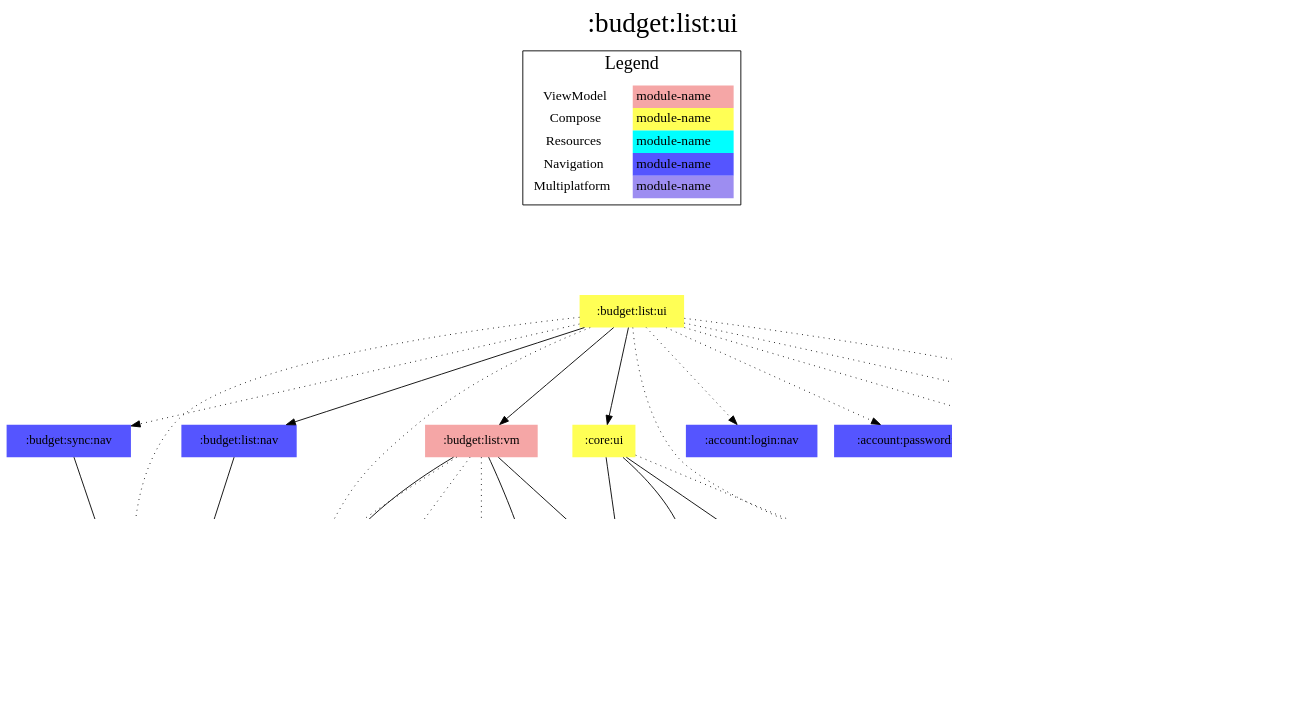
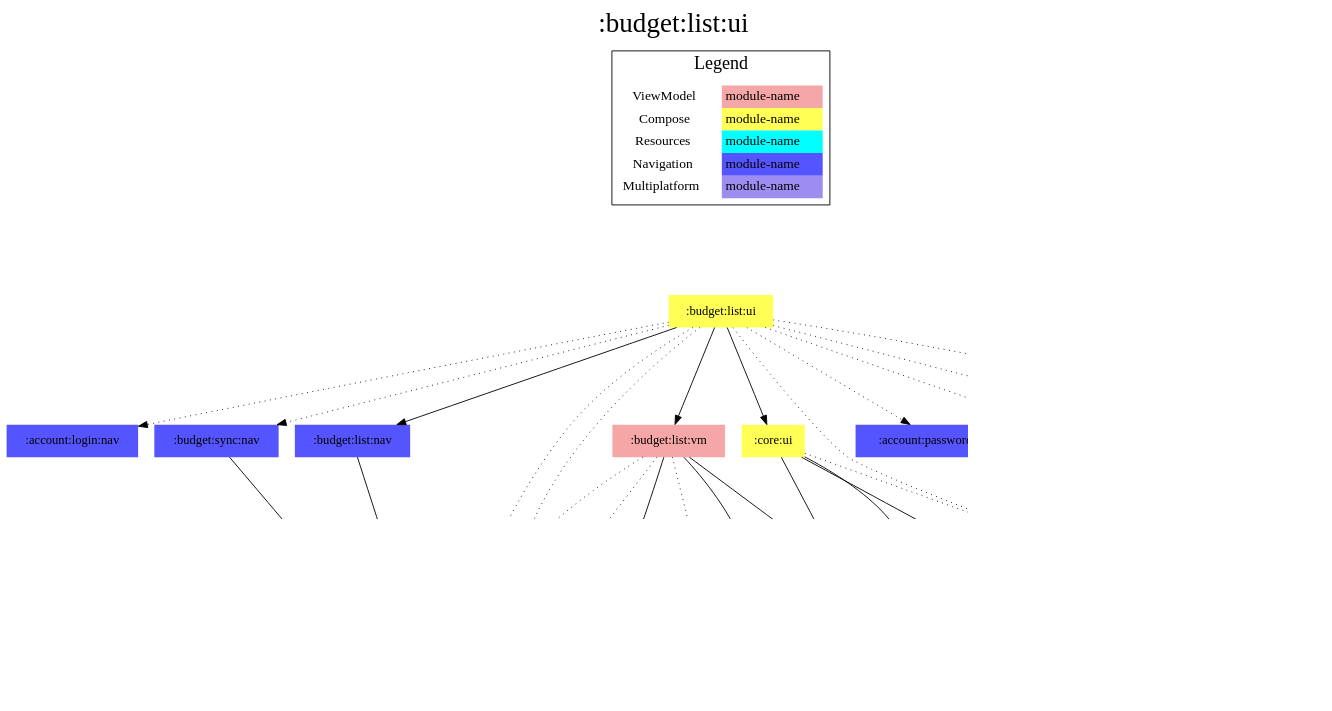
Before and after one commit to jonapoul/aktual: the diagram in modules/budget/list/ui/project-dependency-graph.dot, drawn with Graphviz. The commit also changed 113 other files, not shown here.

```diff
--- a/modules/budget/list/ui/project-dependency-graph.dot
+++ b/modules/budget/list/ui/project-dependency-graph.dot
@@ -1,70 +1,68 @@
 digraph {
 edge ["dir"="forward"]
 graph ["dpi"="100","label"=":budget:list:ui","labelloc"="t","fontsize"="30","ranksep"="1.5","rankdir"="TB"]
 node ["style"="filled"]
+":account:login:nav" ["fillcolor"="#5555FF","shape"="none"]
+":account:model" ["fillcolor"="#9D8DF1","shape"="none"]
+":account:password:nav" ["fillcolor"="#5555FF","shape"="none"]
+":api:actual" ["fillcolor"="#9D8DF1","shape"="none"]
+":budget:list:nav" ["fillcolor"="#5555FF","shape"="none"]
+":budget:list:res" ["fillcolor"="#00FFFF","shape"="none"]
 ":budget:list:ui" ["fillcolor"="#FFFF55","shape"="none"]
-":budget:list:nav" ["fillcolor"="#5555FF","shape"="none"]
-":account:model" ["fillcolor"="#9D8DF1","shape"="none"]
 ":budget:list:vm" ["fillcolor"="#F5A6A6","shape"="none"]
 ":budget:model" ["fillcolor"="#9D8DF1","shape"="none"]
-":core:versions" ["fillcolor"="#9D8DF1","shape"="none"]
-":url:model" ["fillcolor"="#9D8DF1","shape"="none"]
-":api:actual" ["fillcolor"="#9D8DF1","shape"="none"]
-":codegen:annotation" ["fillcolor"="#9D8DF1","shape"="none"]
-":url:prefs" ["fillcolor"="#9D8DF1","shape"="none"]
-":core:ui" ["fillcolor"="#FFFF55","shape"="none"]
+":budget:sync:nav" ["fillcolor"="#5555FF","shape"="none"]
 ":core:colorscheme" ["fillcolor"="#9D8DF1","shape"="none"]
 ":core:res" ["fillcolor"="#00FFFF","shape"="none"]
-":account:login:nav" ["fillcolor"="#5555FF","shape"="none"]
-":account:password:nav" ["fillcolor"="#5555FF","shape"="none"]
-":budget:list:res" ["fillcolor"="#00FFFF","shape"="none"]
-":budget:sync:nav" ["fillcolor"="#5555FF","shape"="none"]
+":core:ui" ["fillcolor"="#FFFF55","shape"="none"]
+":core:versions" ["fillcolor"="#9D8DF1","shape"="none"]
 ":settings:nav" ["fillcolor"="#5555FF","shape"="none"]
+":url:model" ["fillcolor"="#9D8DF1","shape"="none"]
 ":url:nav" ["fillcolor"="#5555FF","shape"="none"]
+":url:prefs" ["fillcolor"="#9D8DF1","shape"="none"]
 {
 edge ["dir"="none"]
 graph ["rank"="same"]
 }
 ":api:actual" -> ":account:model"
 ":api:actual" -> ":budget:model"
-":api:actual" -> ":codegen:annotation" ["style"="dotted"]
 ":api:actual" -> ":url:model"
 ":budget:list:nav" -> ":account:model"
 ":budget:list:ui" -> ":account:login:nav" ["style"="dotted"]
 ":budget:list:ui" -> ":account:model" ["style"="dotted"]
 ":budget:list:ui" -> ":account:password:nav" ["style"="dotted"]
 ":budget:list:ui" -> ":budget:list:nav"
 ":budget:list:ui" -> ":budget:list:res" ["style"="dotted"]
 ":budget:list:ui" -> ":budget:list:vm"
 ":budget:list:ui" -> ":budget:model" ["style"="dotted"]
 ":budget:list:ui" -> ":budget:sync:nav" ["style"="dotted"]
 ":budget:list:ui" -> ":core:res" ["style"="dotted"]
 ":budget:list:ui" -> ":core:ui"
 ":budget:list:ui" -> ":settings:nav" ["style"="dotted"]
 ":budget:list:ui" -> ":url:nav" ["style"="dotted"]
 ":budget:list:vm" -> ":account:model" ["style"="dotted"]
 ":budget:list:vm" -> ":api:actual" ["style"="dotted"]
 ":budget:list:vm" -> ":budget:model"
 ":budget:list:vm" -> ":core:versions"
 ":budget:list:vm" -> ":url:model"
 ":budget:list:vm" -> ":url:prefs" ["style"="dotted"]
 ":budget:sync:nav" -> ":account:model"
 ":core:ui" -> ":core:colorscheme"
 ":core:ui" -> ":core:res" ["style"="dotted"]
 ":core:ui" -> ":core:versions"
 ":core:ui" -> ":url:model"
 ":url:prefs" -> ":url:model"
 subgraph "cluster_legend" {
 edge ["dir"="none"]
 graph ["label"="Legend","fontsize"="20"]
 "Legend" ["style"="filled","fillcolor"="#FFFFFF","shape"="none","margin"="0","fontsize"="15","label"=<
 <TABLE BORDER="0" CELLBORDER="0" CELLSPACING="0" CELLPADDING="4">
 <TR><TD>ViewModel</TD><TD BGCOLOR="#F5A6A6">module-name</TD></TR>
 <TR><TD>Compose</TD><TD BGCOLOR="#FFFF55">module-name</TD></TR>
 <TR><TD>Resources</TD><TD BGCOLOR="#00FFFF">module-name</TD></TR>
 <TR><TD>Navigation</TD><TD BGCOLOR="#5555FF">module-name</TD></TR>
 <TR><TD>Multiplatform</TD><TD BGCOLOR="#9D8DF1">module-name</TD></TR>
 </TABLE>
 >]
 } -> ":budget:list:ui" ["style"="invis"]
 }
```
